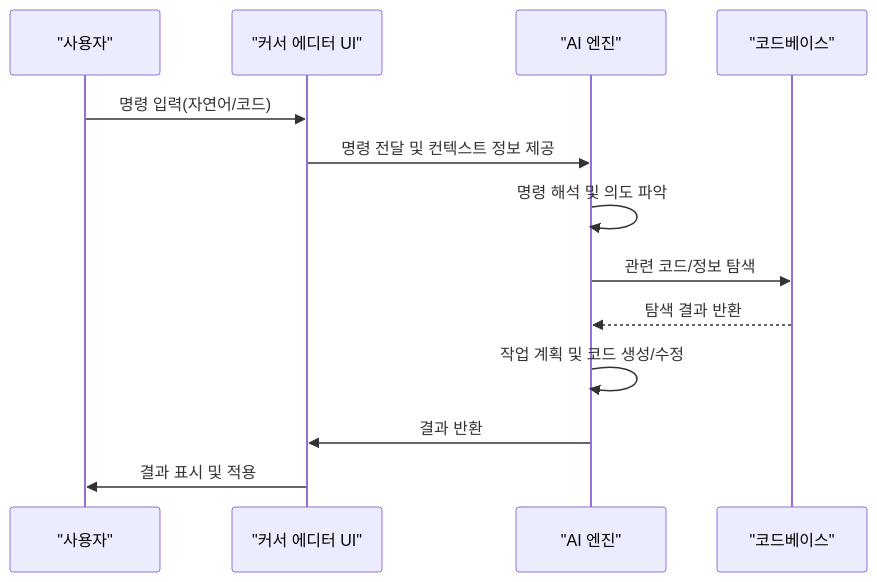
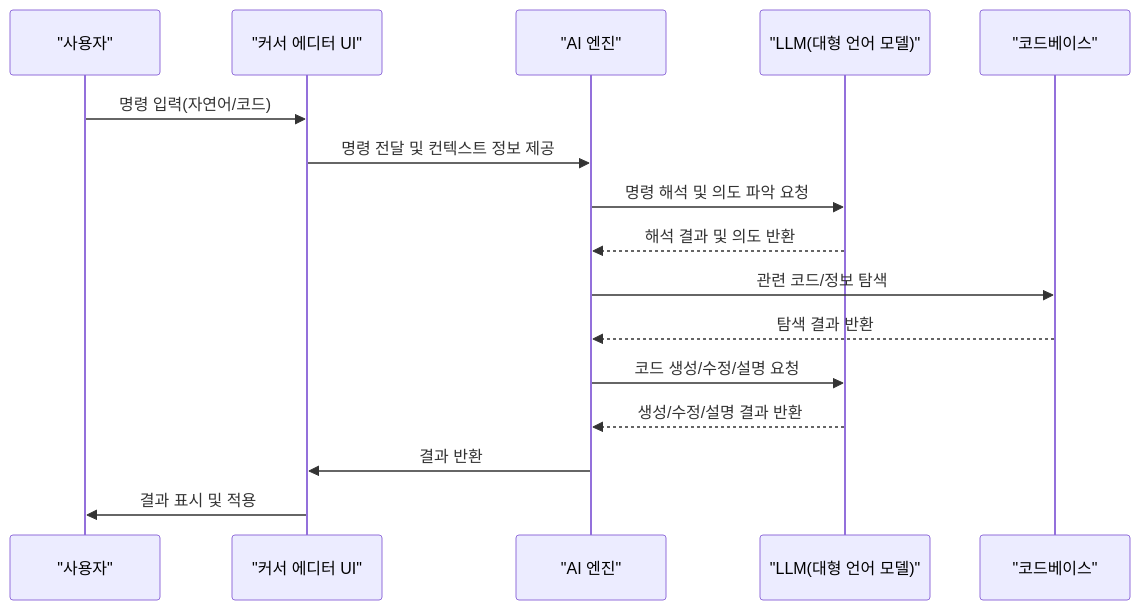
Before and after one commit to medialog-AX-TF/cursor_sequence: the diagram in sequence_diagram.md, drawn with Mermaid.

Commit message:
docs: LLM 포함 시퀀스 다이어그램 수정

````diff
--- a/sequence_diagram.md
+++ b/sequence_diagram.md
@@ -5,16 +5,19 @@
 ```mermaid
 sequenceDiagram
     participant User as "사용자"
     participant UI as "커서 에디터 UI"
     participant AI as "AI 엔진"
+    participant LLM as "LLM(대형 언어 모델)"
     participant Codebase as "코드베이스"
 
     User->>UI: 명령 입력(자연어/코드)
     UI->>AI: 명령 전달 및 컨텍스트 정보 제공
-    AI->>AI: 명령 해석 및 의도 파악
+    AI->>LLM: 명령 해석 및 의도 파악 요청
+    LLM-->>AI: 해석 결과 및 의도 반환
     AI->>Codebase: 관련 코드/정보 탐색
     Codebase-->>AI: 탐색 결과 반환
-    AI->>AI: 작업 계획 및 코드 생성/수정
+    AI->>LLM: 코드 생성/수정/설명 요청
+    LLM-->>AI: 생성/수정/설명 결과 반환
     AI->>UI: 결과 반환
     UI->>User: 결과 표시 및 적용
 ``` 
````
